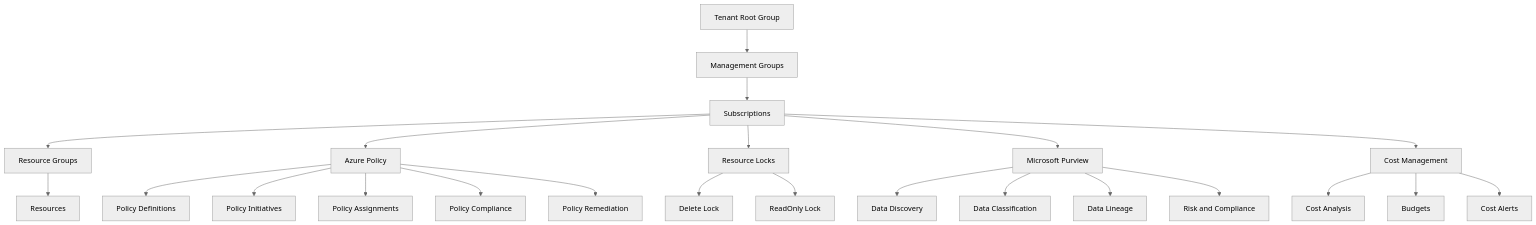
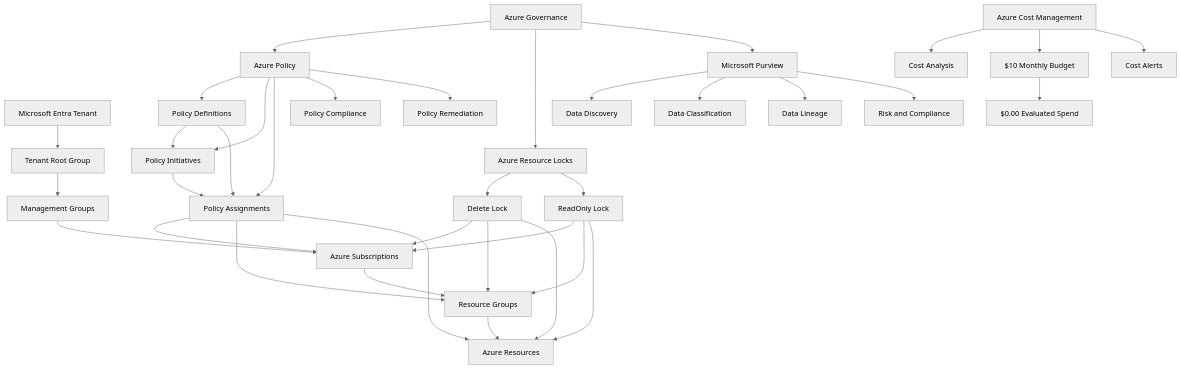
The first of 3 diagrams in labs/lab-10-azure-governance-policy-and-compliance/README.md (mattallen-it/mrtg-az900-the-bridge), drawn with Mermaid (neutral theme) before and after one commit. The commit also changed other lines of this file, not shown here.

````diff
--- a/labs/lab-10-azure-governance-policy-and-compliance/README.md
+++ b/labs/lab-10-azure-governance-policy-and-compliance/README.md
@@ -117,29 +366,45 @@
 ```mermaid
 flowchart TD
-    Tenant[Tenant Root Group] --> MG[Management Groups]
-    MG --> Sub[Subscriptions]
-    Sub --> RG[Resource Groups]
-    RG --> Res[Resources]
+    Tenant[Microsoft Entra Tenant] --> Root[Tenant Root Group]
+    Root --> MG[Management Groups]
+    MG --> Subscription[Azure Subscriptions]
+    Subscription --> RG[Resource Groups]
+    RG --> Resources[Azure Resources]
 
-    Sub --> Policy[Azure Policy]
+    Governance[Azure Governance] --> Policy[Azure Policy]
+    Governance --> Locks[Azure Resource Locks]
+    Governance --> Purview[Microsoft Purview]
+
     Policy --> Definitions[Policy Definitions]
     Policy --> Initiatives[Policy Initiatives]
     Policy --> Assignments[Policy Assignments]
     Policy --> Compliance[Policy Compliance]
     Policy --> Remediation[Policy Remediation]
 
-    Sub --> Locks[Resource Locks]
+    Definitions --> Initiatives
+    Definitions --> Assignments
+    Initiatives --> Assignments
+    Assignments --> Subscription
+    Assignments --> RG
+    Assignments --> Resources
+
     Locks --> DeleteLock[Delete Lock]
     Locks --> ReadOnlyLock[ReadOnly Lock]
+    DeleteLock --> Subscription
+    DeleteLock --> RG
+    DeleteLock --> Resources
+    ReadOnlyLock --> Subscription
+    ReadOnlyLock --> RG
+    ReadOnlyLock --> Resources
 
-    Sub --> Purview[Microsoft Purview]
     Purview --> Discovery[Data Discovery]
     Purview --> Classification[Data Classification]
     Purview --> Lineage[Data Lineage]
     Purview --> Risk[Risk and Compliance]
 
-    Sub --> Cost[Cost Management]
-    Cost --> Analysis[Cost Analysis]
-    Cost --> Budgets[Budgets]
+    Cost[Azure Cost Management] --> Analysis[Cost Analysis]
+    Cost --> Budget[$10 Monthly Budget]
     Cost --> Alerts[Cost Alerts]
+
+    Budget --> Validation[$0.00 Evaluated Spend]
 ```
````
